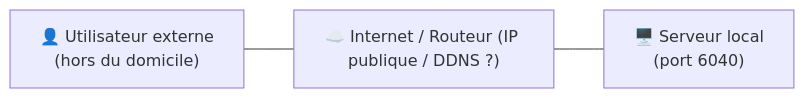
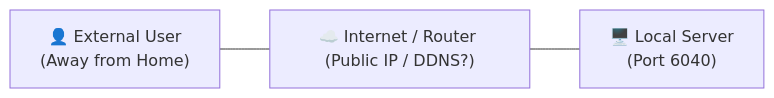
One commit to Librefolio/LibreFolio changed the first of 3 diagrams in mkdocs_src/docs/admin/service_exposure.fr.md. Above: the diagram before and after it, drawn with Mermaid. The commit also changed other lines of this file and 2 other files, not shown here.

````diff
--- a/mkdocs_src/docs/admin/service_exposure.fr.md
+++ b/mkdocs_src/docs/admin/service_exposure.fr.md
@@ -30,5 +34,5 @@
 ```mermaid
 graph LR
-    User["👤 Utilisateur externe<br>(hors du domicile)"] --- Cloud["☁️ Internet / Routeur (IP publique / DDNS ?)"]
-    Cloud --- Server["🖥️ Serveur local<br>(port 6040)"]
+    User["👤 External User<br>(Away from Home)"] --- Cloud["☁️ Internet / Router (Public IP / DDNS?)"]
+    Cloud --- Server["🖥️ Local Server<br>(Port 6040)"]
 ```
````
